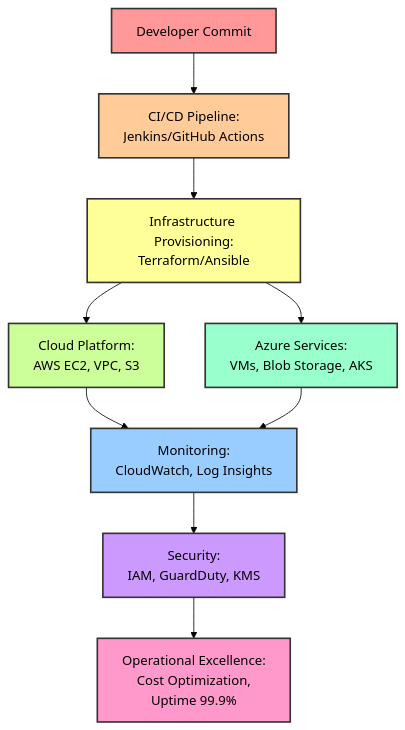
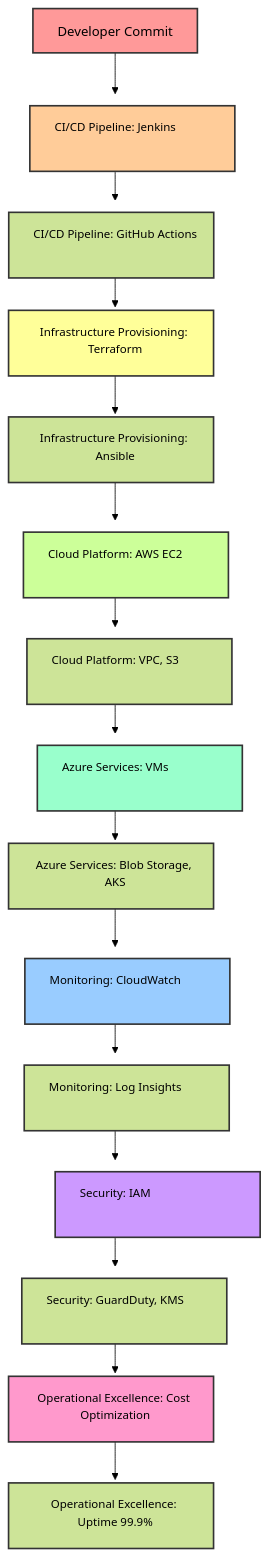
The diagram in README.md (aliceekane/aliceekane-portfolio), drawn with Mermaid (forest theme) before and after one commit.

````diff
--- a/README.md
+++ b/README.md
@@ -71,25 +71,35 @@
 ```mermaid
 flowchart TD
-    A[Developer Commit] --> B[CI/CD Pipeline:<br/>Jenkins/GitHub Actions]
-    B --> C[Infrastructure Provisioning:<br/>Terraform/Ansible]
-    C --> D[Cloud Platform:<br/>AWS EC2, VPC, S3]
-    C --> E[Azure Services:<br/>VMs, Blob Storage, AKS]
-    D --> F[Monitoring:<br/>CloudWatch, Log Insights]
-    E --> F
-    F --> G[Security:<br/>IAM, GuardDuty, KMS]
-    G --> H[Operational Excellence:<br/>Cost Optimization,<br/>Uptime 99.9%]
+    A[Developer Commit] --> B[CI/CD Pipeline: Jenkins]:::bigbox
+    B --> B2[CI/CD Pipeline: GitHub Actions]:::bigbox
+    B2 --> C[Infrastructure Provisioning: Terraform]:::bigbox
+    C --> C2[Infrastructure Provisioning: Ansible]:::bigbox
+    C2 --> D[Cloud Platform: AWS EC2]:::bigbox
+    D --> D2[Cloud Platform: VPC, S3]:::bigbox
+    D2 --> E[Azure Services: VMs]:::bigbox
+    E --> E2[Azure Services: Blob Storage, AKS]:::bigbox
+    E2 --> F[Monitoring: CloudWatch]:::bigbox
+    F --> F2[Monitoring: Log Insights]:::bigbox
+    F2 --> G[Security: IAM]:::bigbox
+    G --> G2[Security: GuardDuty, KMS]:::bigbox
+    G2 --> H[Operational Excellence: Cost Optimization]:::bigbox
+    H --> H2[Operational Excellence: Uptime 99.9%]:::bigbox
+
+    %% Define a reusable class for consistent box styling
+    classDef bigbox width:250px,height:80px,font-size:14px,stroke:#333,stroke-width:2px;
+
 
 
 
     %% Assigning different colors to each box
     style A fill:#FF9999,stroke:#333,stroke-width:2px
     style B fill:#FFCC99,stroke:#333,stroke-width:2px
     style C fill:#FFFF99,stroke:#333,stroke-width:2px
     style D fill:#CCFF99,stroke:#333,stroke-width:2px
     style E fill:#99FFCC,stroke:#333,stroke-width:2px
     style F fill:#99CCFF,stroke:#333,stroke-width:2px
     style G fill:#CC99FF,stroke:#333,stroke-width:2px
     style H fill:#FF99CC,stroke:#333,stroke-width:2px
 
 
 ```
````
